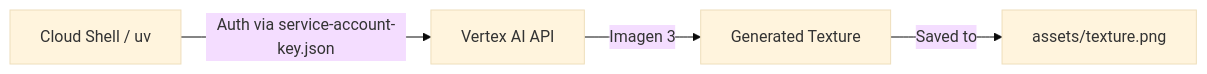
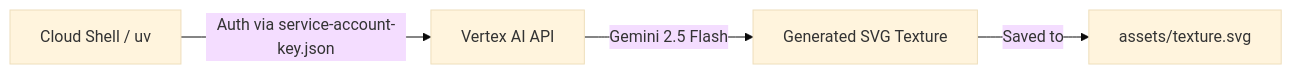
Before and after one commit to jorgeajimenez/ai-flight-simulator: the diagram in codelab/01-cloud-setup.md, drawn with Mermaid (base theme). The commit also changed other lines of this file and 5 other files, not shown here.

````diff
--- a/codelab/01-cloud-setup.md
+++ b/codelab/01-cloud-setup.md
@@ -39,6 +39,6 @@
 ```mermaid
 graph LR
     CS[Cloud Shell / uv] -->|Auth via service-account-key.json| VAI[Vertex AI API]
-    VAI -->|Imagen 3| IMG[Generated Texture]
-    IMG -->|Saved to| FILE[assets/texture.png]
+    VAI -->|Gemini 2.5 Flash| IMG[Generated SVG Texture]
+    IMG -->|Saved to| FILE[assets/texture.svg]
 ```
````
